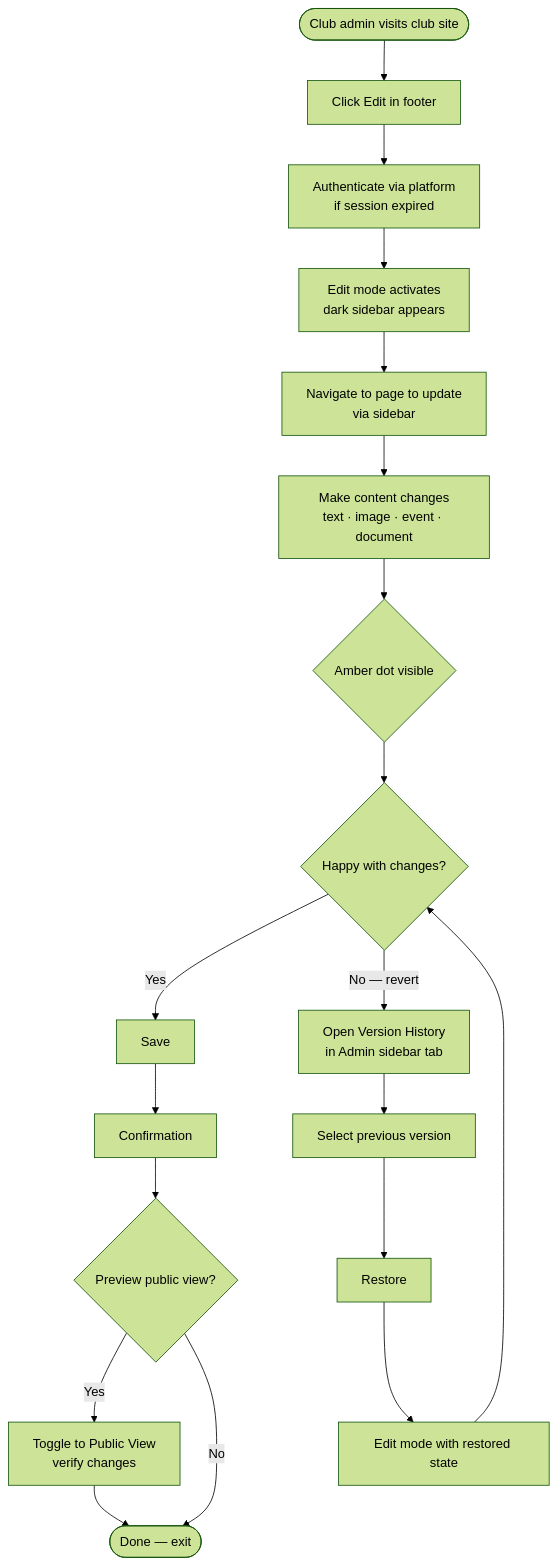
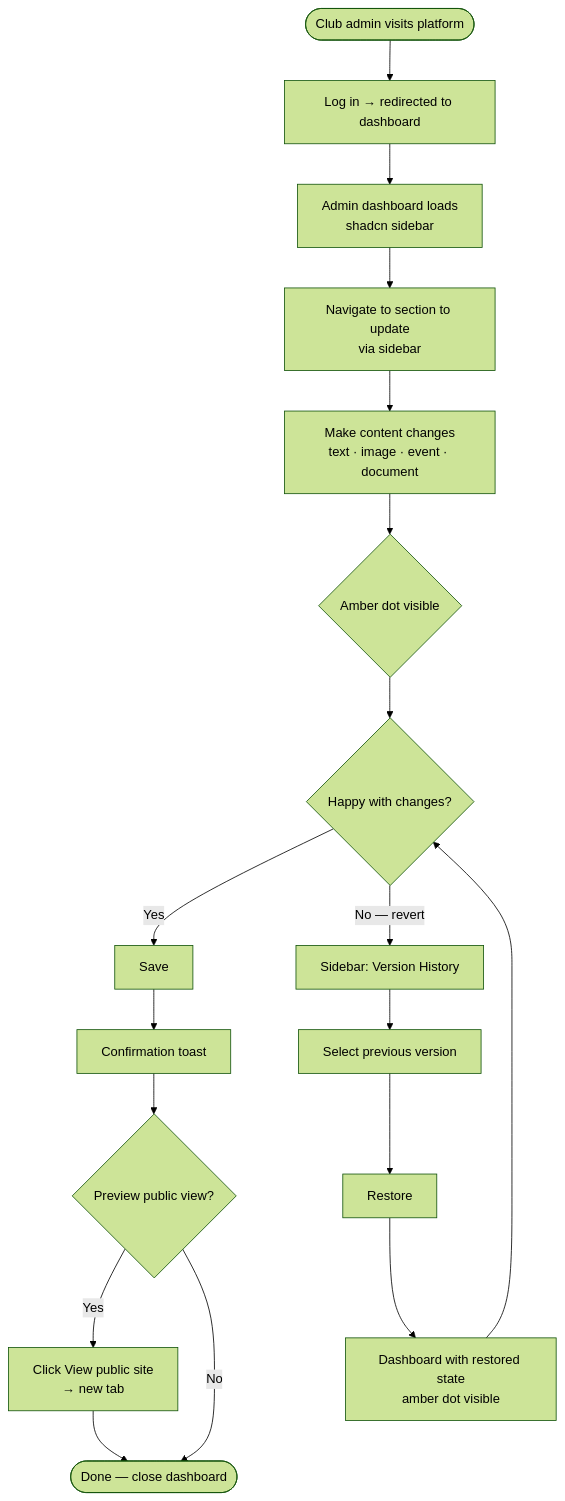
One commit to bastienfaivre/findyour.club changed the second of 5 diagrams in _bmad-output/planning-artifacts/ux-design-specification.md. Above: the diagram before and after it, drawn with Mermaid (forest theme). The commit also changed other lines of this file and 14 other files, not shown here.

````diff
--- a/_bmad-output/planning-artifacts/ux-design-specification.md
+++ b/_bmad-output/planning-artifacts/ux-design-specification.md
@@ -470,21 +505,20 @@
 ```mermaid
 flowchart TD
-    A([Club admin visits club site]) --> B[Click Edit in footer]
-    B --> C[Authenticate via platform\nif session expired]
-    C --> D[Edit mode activates\ndark sidebar appears]
-    D --> E[Navigate to page to update\nvia sidebar]
-    E --> F[Make content changes\ntext · image · event · document]
-    F --> G{Amber dot visible}
-    G --> H{Happy with changes?}
-    H -->|Yes| I[Save]
-    I --> J[Confirmation]
-    J --> K{Preview public view?}
-    K -->|Yes| L[Toggle to Public View\nverify changes]
-    L --> M([Done — exit])
-    K -->|No| M
-    H -->|No — revert| N[Open Version History\nin Admin sidebar tab]
-    N --> O[Select previous version]
-    O --> P[Restore]
-    P --> Q[Edit mode with restored state]
-    Q --> H
+    A([Club admin visits platform]) --> B[Log in → redirected to dashboard]
+    B --> C[Admin dashboard loads\nshadcn sidebar]
+    C --> D[Navigate to section to update\nvia sidebar]
+    D --> E[Make content changes\ntext · image · event · document]
+    E --> F{Amber dot visible}
+    F --> G{Happy with changes?}
+    G -->|Yes| H[Save]
+    H --> I[Confirmation toast]
+    I --> J{Preview public view?}
+    J -->|Yes| K[Click View public site\n→ new tab]
+    K --> L([Done — close dashboard])
+    J -->|No| L
+    G -->|No — revert| M[Sidebar: Version History]
+    M --> N[Select previous version]
+    N --> O[Restore]
+    O --> P[Dashboard with restored state\namber dot visible]
+    P --> G
 ```
````
